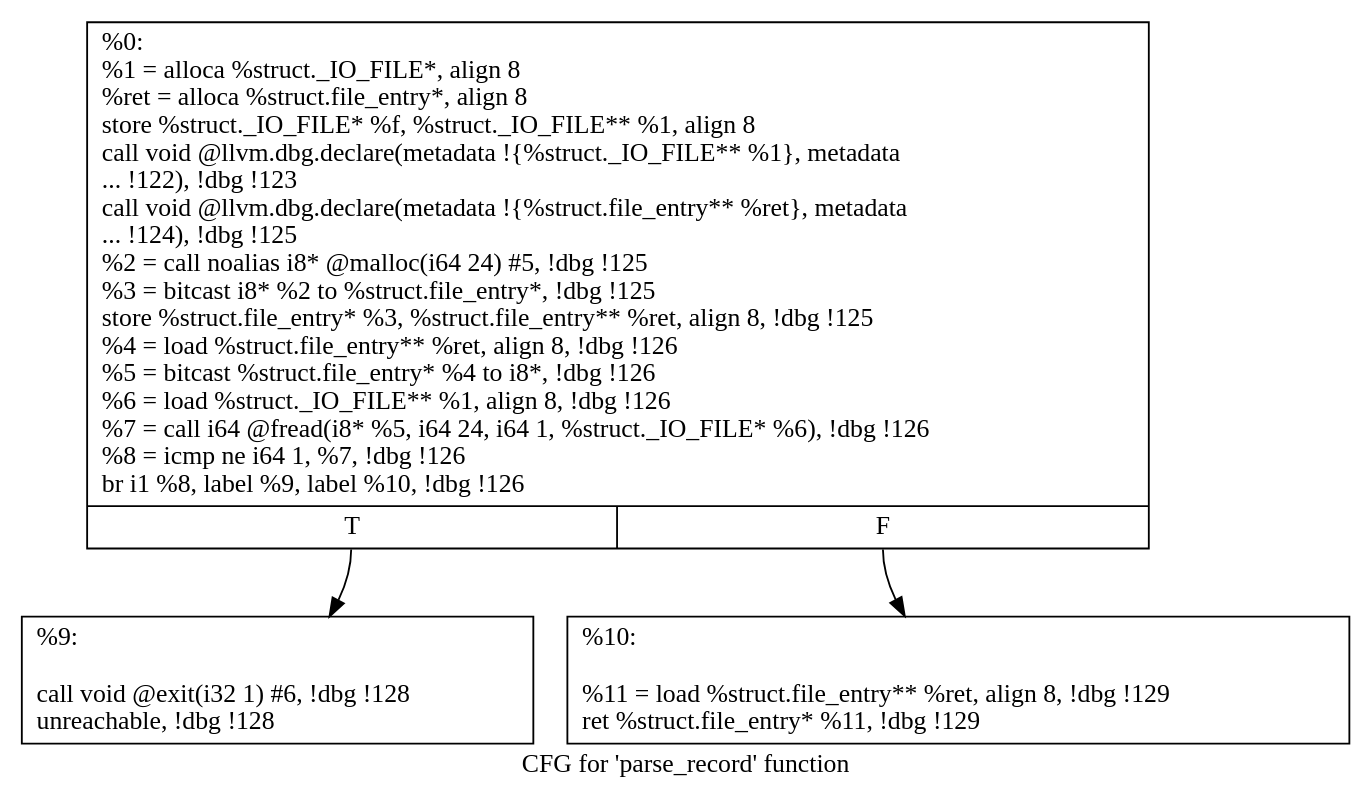
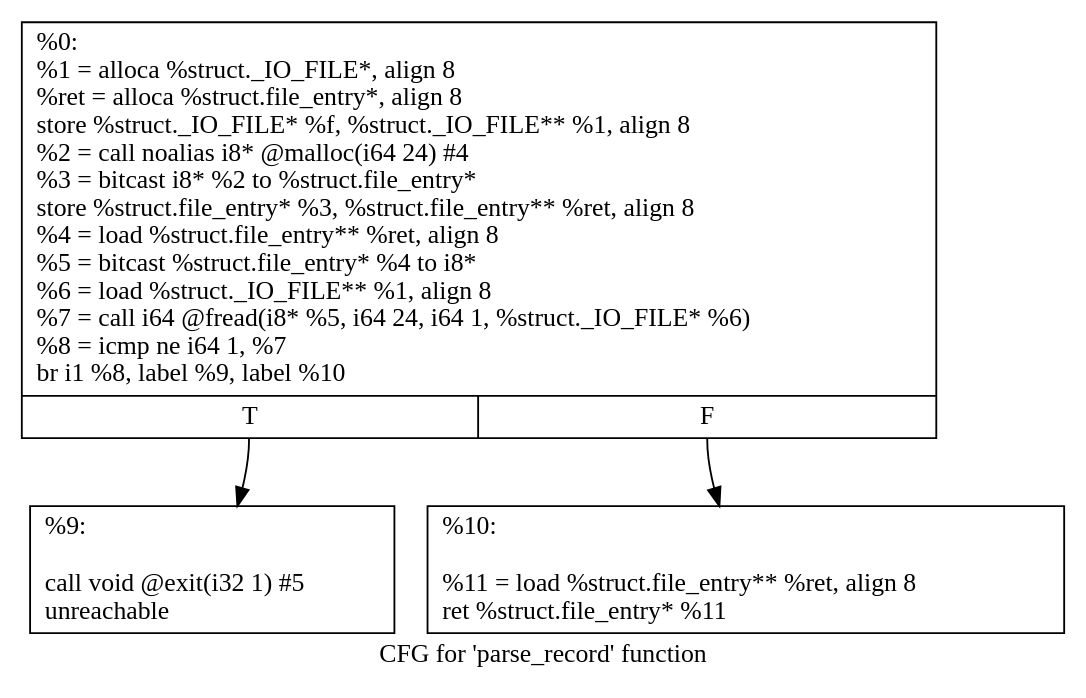
Before and after one commit to Manouchehri/sim-fuzz-1: the diagram in cfg.parse_record.dot, drawn with Graphviz. The commit also changed 15 other files, not shown here.

```diff
--- a/cfg.parse_record.dot
+++ b/cfg.parse_record.dot
@@ -1,9 +1,9 @@
 digraph "CFG for 'parse_record' function" {
 	label="CFG for 'parse_record' function";
 
-	Node0x7e96a0 [shape=record,label="{%0:\l  %1 = alloca %struct._IO_FILE*, align 8\l  %ret = alloca %struct.file_entry*, align 8\l  store %struct._IO_FILE* %f, %struct._IO_FILE** %1, align 8\l  call void @llvm.dbg.declare(metadata !\{%struct._IO_FILE** %1\}, metadata\l... !122), !dbg !123\l  call void @llvm.dbg.declare(metadata !\{%struct.file_entry** %ret\}, metadata\l... !124), !dbg !125\l  %2 = call noalias i8* @malloc(i64 24) #5, !dbg !125\l  %3 = bitcast i8* %2 to %struct.file_entry*, !dbg !125\l  store %struct.file_entry* %3, %struct.file_entry** %ret, align 8, !dbg !125\l  %4 = load %struct.file_entry** %ret, align 8, !dbg !126\l  %5 = bitcast %struct.file_entry* %4 to i8*, !dbg !126\l  %6 = load %struct._IO_FILE** %1, align 8, !dbg !126\l  %7 = call i64 @fread(i8* %5, i64 24, i64 1, %struct._IO_FILE* %6), !dbg !126\l  %8 = icmp ne i64 1, %7, !dbg !126\l  br i1 %8, label %9, label %10, !dbg !126\l|{<s0>T|<s1>F}}"];
-	Node0x7e96a0:s0 -> Node0x7e9700;
-	Node0x7e96a0:s1 -> Node0x7e9760;
-	Node0x7e9700 [shape=record,label="{%9:\l\l  call void @exit(i32 1) #6, !dbg !128\l  unreachable, !dbg !128\l}"];
-	Node0x7e9760 [shape=record,label="{%10:\l\l  %11 = load %struct.file_entry** %ret, align 8, !dbg !129\l  ret %struct.file_entry* %11, !dbg !129\l}"];
+	Node0x759980 [shape=record,label="{%0:\l  %1 = alloca %struct._IO_FILE*, align 8\l  %ret = alloca %struct.file_entry*, align 8\l  store %struct._IO_FILE* %f, %struct._IO_FILE** %1, align 8\l  %2 = call noalias i8* @malloc(i64 24) #4\l  %3 = bitcast i8* %2 to %struct.file_entry*\l  store %struct.file_entry* %3, %struct.file_entry** %ret, align 8\l  %4 = load %struct.file_entry** %ret, align 8\l  %5 = bitcast %struct.file_entry* %4 to i8*\l  %6 = load %struct._IO_FILE** %1, align 8\l  %7 = call i64 @fread(i8* %5, i64 24, i64 1, %struct._IO_FILE* %6)\l  %8 = icmp ne i64 1, %7\l  br i1 %8, label %9, label %10\l|{<s0>T|<s1>F}}"];
+	Node0x759980:s0 -> Node0x7599e0;
+	Node0x759980:s1 -> Node0x759a40;
+	Node0x7599e0 [shape=record,label="{%9:\l\l  call void @exit(i32 1) #5\l  unreachable\l}"];
+	Node0x759a40 [shape=record,label="{%10:\l\l  %11 = load %struct.file_entry** %ret, align 8\l  ret %struct.file_entry* %11\l}"];
 }
```
